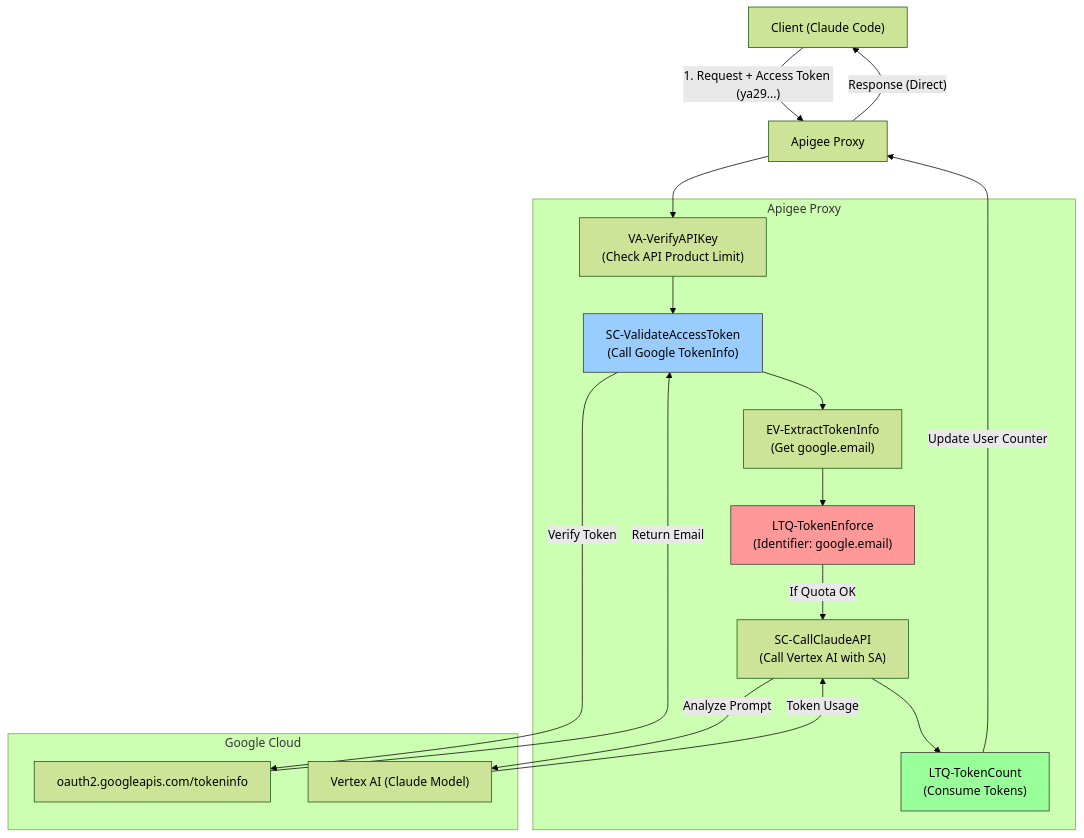
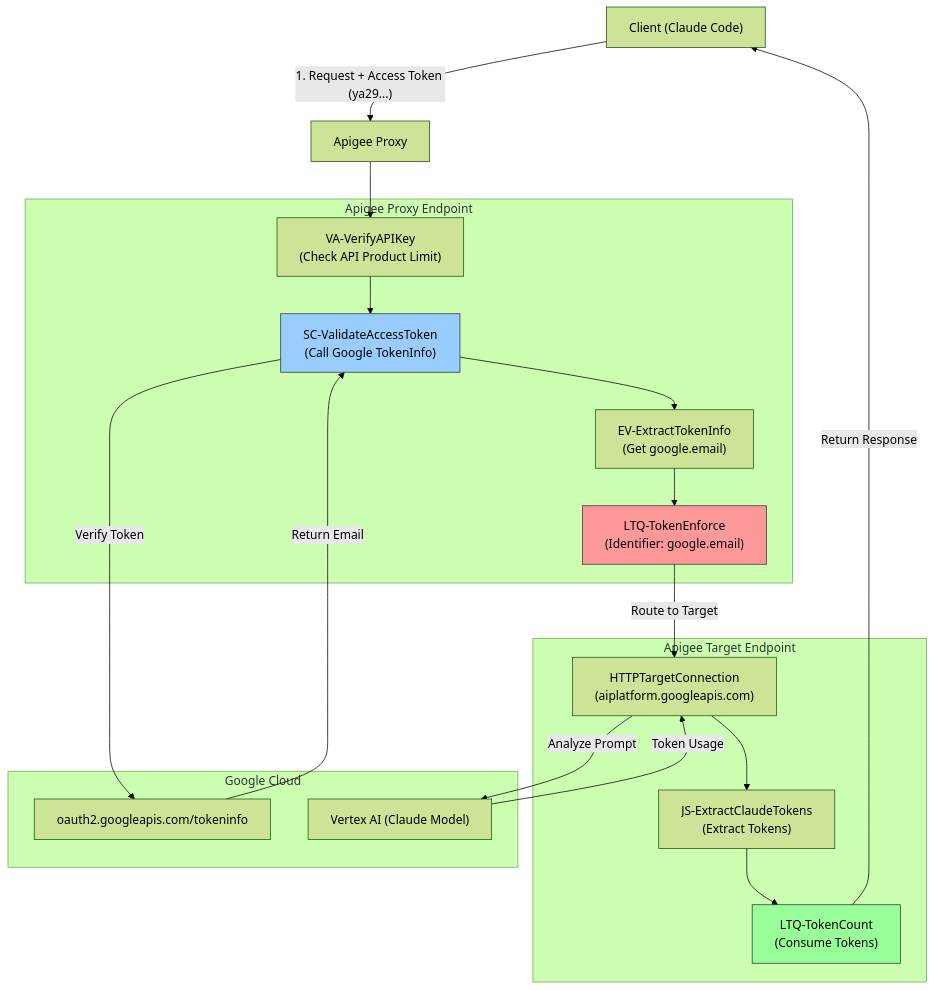
The diagram in README.md (sidkwon/apigee-llm-token-quota), drawn with Mermaid (forest theme) before and after one commit. The commit also changed other lines of this file, not shown here.

Commit message:
Reflect source modifications

````diff
--- a/README.md
+++ b/README.md
@@ -22,38 +22,41 @@
 ```mermaid
 graph TD
     Client["Client (Claude Code)"] -->|"1. Request + Access Token (ya29...)"| Apigee[Apigee Proxy]
     
-    subgraph "Apigee Proxy"
+    subgraph "Apigee Proxy Endpoint"
         VA_Verify["VA-VerifyAPIKey<br/>(Check API Product Limit)"]
         SC_Validate["SC-ValidateAccessToken<br/>(Call Google TokenInfo)"]
         EV_Extract["EV-ExtractTokenInfo<br/>(Get google.email)"]
         LTQ_Enforce["LTQ-TokenEnforce<br/>(Identifier: google.email)"]
-        
-        SC_CallLLM["SC-CallClaudeAPI<br/>(Call Vertex AI with SA)"]
+    end
+    
+    subgraph "Apigee Target Endpoint"
+        Target["HTTPTargetConnection<br/>(aiplatform.googleapis.com)"]
+        JS_Extract["JS-ExtractClaudeTokens<br/>(Extract Tokens)"]
         LTQ_Count["LTQ-TokenCount<br/>(Consume Tokens)"]
     end
     
     subgraph "Google Cloud"
         TokenInfo["oauth2.googleapis.com/tokeninfo"]
         VertexAI["Vertex AI (Claude Model)"]
     end
 
     Apigee --> VA_Verify
     VA_Verify --> SC_Validate
     SC_Validate -->|"Verify Token"| TokenInfo
     TokenInfo -->|"Return Email"| SC_Validate
     SC_Validate --> EV_Extract
     EV_Extract --> LTQ_Enforce
     
-    LTQ_Enforce -->|"If Quota OK"| SC_CallLLM
-    SC_CallLLM -->|"Analyze Prompt"| VertexAI
-    VertexAI -->|"Token Usage"| SC_CallLLM
+    LTQ_Enforce -->|"Route to Target"| Target
+    Target -->|"Analyze Prompt"| VertexAI
+    VertexAI -->|"Token Usage"| Target
     
-    SC_CallLLM --> LTQ_Count
-    LTQ_Count -->|"Update User Counter"| Apigee
-    Apigee -->|"Response (Direct)"| Client
+    Target --> JS_Extract
+    JS_Extract --> LTQ_Count
+    LTQ_Count -->|"Return Response"| Client
 
     style LTQ_Enforce fill:#ff9999,stroke:#333
     style LTQ_Count fill:#99ff99,stroke:#333
     style SC_Validate fill:#99ccff,stroke:#333
 ```
````
